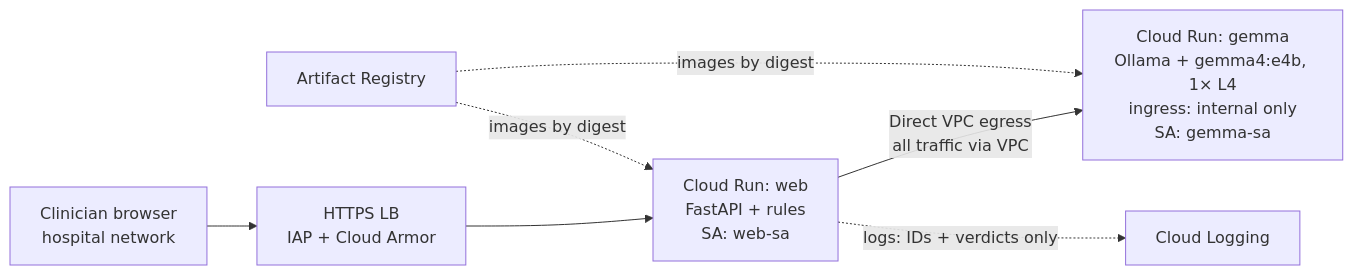
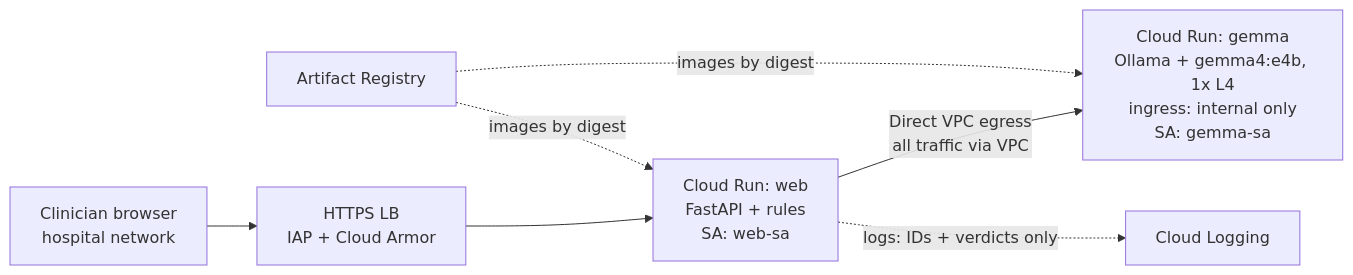
Before and after one commit to adricasi/OpenMedCheck: the second of 2 diagrams in docs/spec/design.md, drawn with Mermaid. The commit also changed other lines of this file and 2 other files, not shown here.

First line of the commit message:
docs(spec): finalise GCP reference architecture and cost estimate (T-011, REQ-013)

````diff
--- a/docs/spec/design.md
+++ b/docs/spec/design.md
@@ -212,8 +218,8 @@
 ```mermaid
 flowchart LR
   clin[Clinician browser<br/>hospital network] --> lb[HTTPS LB<br/>IAP + Cloud Armor]
   lb --> web[Cloud Run: web<br/>FastAPI + rules<br/>SA: web-sa]
-  web -- "Direct VPC egress<br/>all traffic via VPC" --> gemma[Cloud Run: gemma<br/>Ollama + gemma4:e4b, 1× L4<br/>ingress: internal only<br/>SA: gemma-sa]
+  web -- "Direct VPC egress<br/>all traffic via VPC" --> gemma[Cloud Run: gemma<br/>Ollama + gemma4:e4b, 1x L4<br/>ingress: internal only<br/>SA: gemma-sa]
   web -. logs: IDs + verdicts only .-> logging[Cloud Logging]
   ar[Artifact Registry] -. images by digest .-> web & gemma
 ```
````
